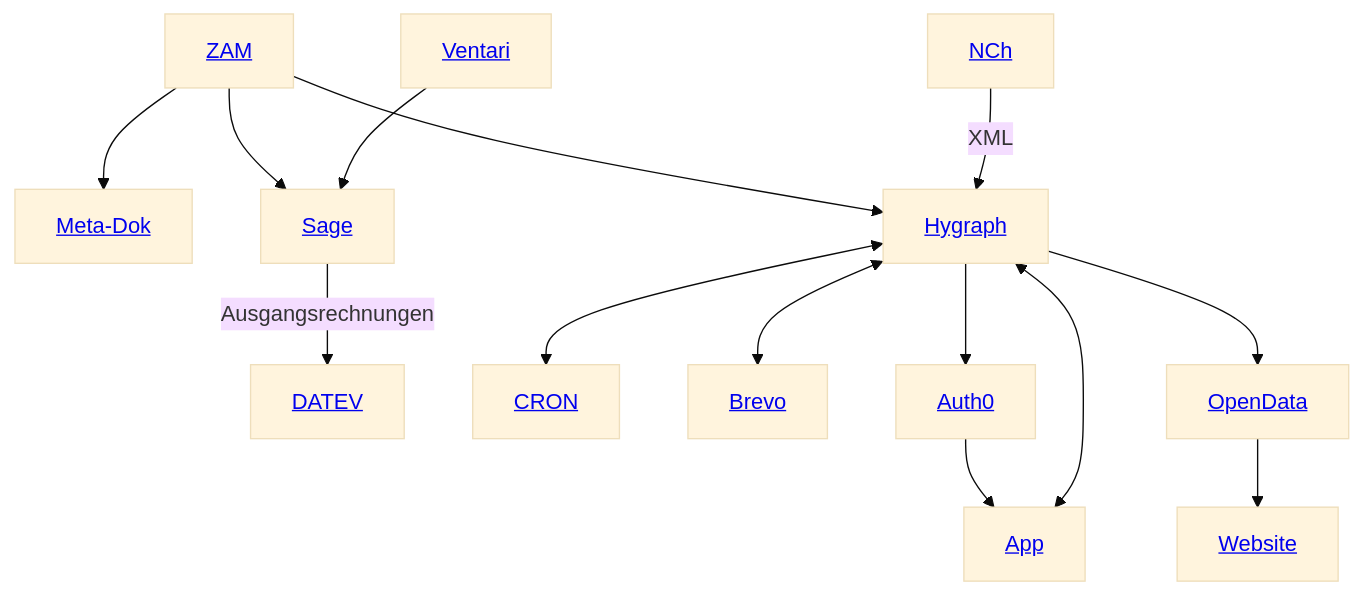
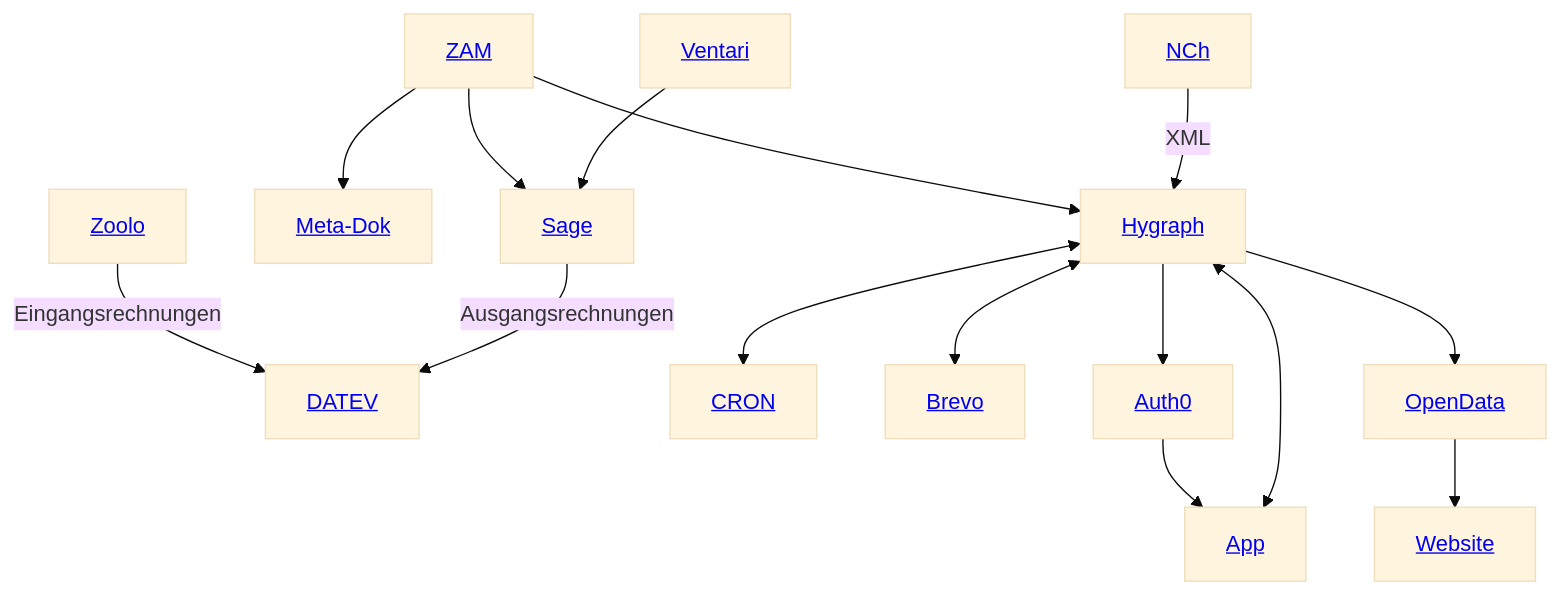
The diagram in infrastructure.md (GDCh-de/docs), drawn with Mermaid (base theme) before and after one commit.

````diff
--- a/infrastructure.md
+++ b/infrastructure.md
@@ -3,13 +3,14 @@
 ```mermaid
 graph TD;
+  Zoolo[<a href='/GDCh-de/docs/blob/main/Zoolo.md'>Zoolo</a>] --> |Eingangsrechnungen| DATEV
   ZAM[<a href='/GDCh-de/docs/blob/main/ZAM.md'>ZAM</a>] --> Meta-Dok[<a href='/GDCh-de/docs/blob/main/Meta-Dok.md'>Meta-Dok</a>];
   ZAM --> Sage[<a href='/GDCh-de/docs/blob/main/Sage.md'>Sage</a>] --> |Ausgangsrechnungen| DATEV[<a href='/GDCh-de/docs/blob/main/DATEV.md'>DATEV</a>];
   Ventari[<a href='/GDCh-de/docs/blob/main/Ventari.md'>Ventari</a>] --> Sage;
   Hygraph <--> Cron[<a href='/GDCh-de/docs/blob/main/CRON.md'>CRON</a>];
   Hygraph <--> Brevo[<a href='/GDCh-de/docs/blob/main/Brevo.md'>Brevo</a>];
   Hygraph[<a href='/GDCh-de/docs/blob/main/hygraph.md'>Hygraph</a>] --> Auth0[<a href='/GDCh-de/docs/blob/main/Auth0.md'>Auth0</a>] --> App[<a href='/GDCh-de/docs/blob/main/App.md'>App</a>];
   Hygraph <--> App;
   ZAM --> Hygraph;
   Hygraph --> OpenData[<a href='/GDCh-de/docs/blob/main/OpenData.md'>OpenData</a>] --> Website[<a href='/GDCh-de/docs/blob/main/Website.md'>Website</a>];
   NCh[<a href='/GDCh-de/docs/blob/main/NCh.md'>NCh</a>] --> |XML| Hygraph;
 ```
````
